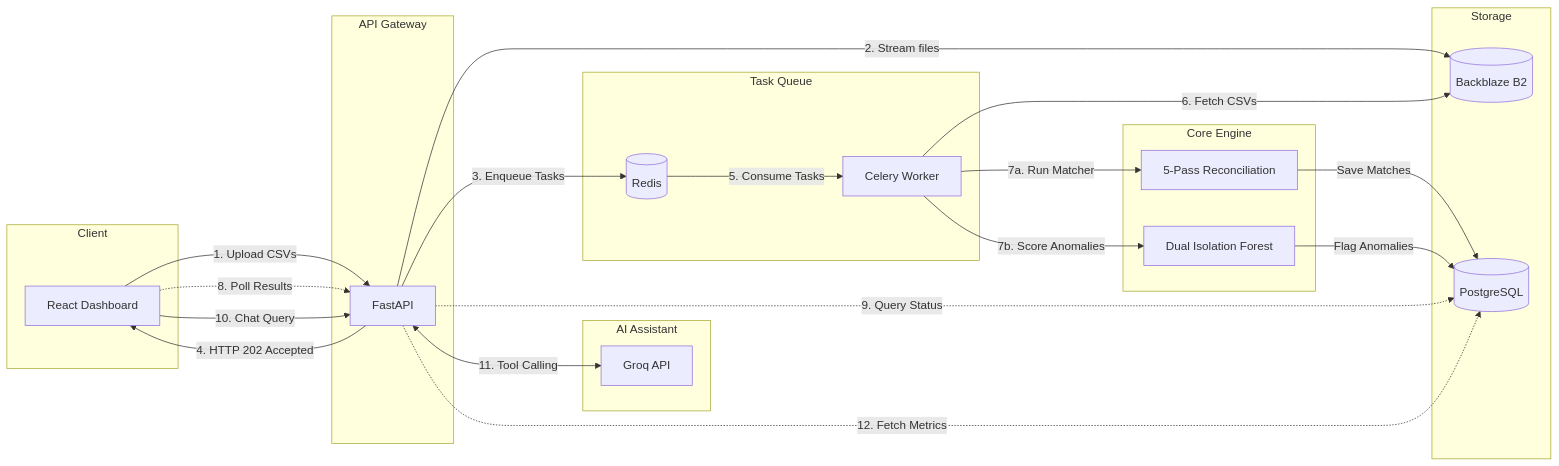
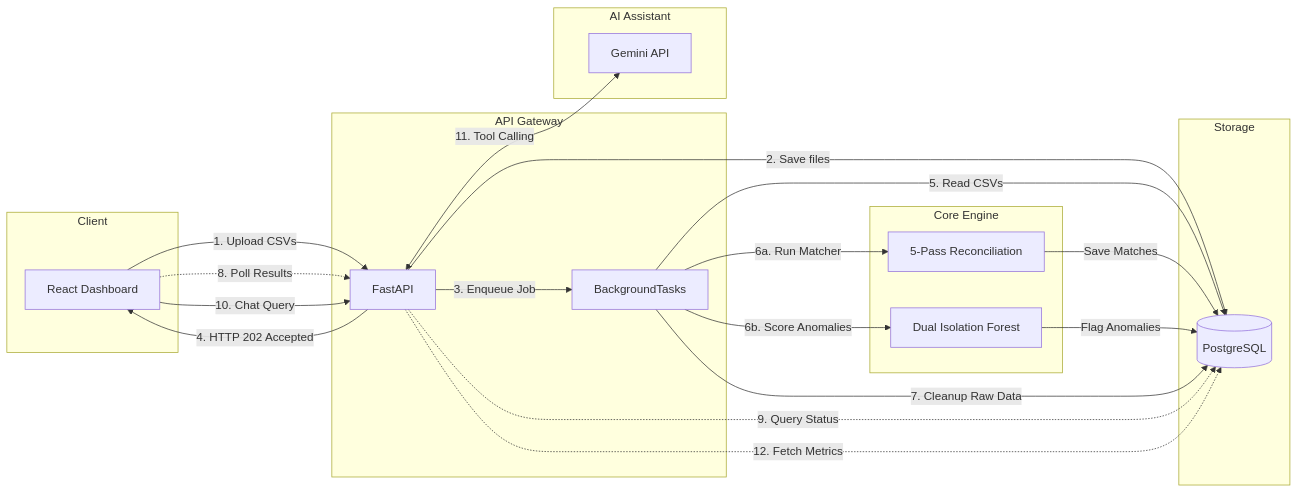
One commit to HarjapBhatia/Recalce changed the diagram in README.md. Above: the diagram before and after it, drawn with Mermaid. The commit also changed other lines of this file and 34 other files, not shown here.

Commit message:
chore: cleanup file structure, update README for Gemini and BackgroundTasks

````diff
--- a/README.md
+++ b/README.md
@@ -45,50 +45,44 @@
 ```mermaid
 graph LR
     subgraph Client
         UI[React Dashboard]
     end
 
     subgraph API Gateway
         API[FastAPI]
-    end
-
-    subgraph Task Queue
-        Broker[(Redis)]
-        Worker[Celery Worker]
+        BackgroundTasks[BackgroundTasks]
     end
 
     subgraph Storage
         DB[(PostgreSQL)]
-        B2[(Backblaze B2)]
     end
 
     subgraph Core Engine
         Recon[5-Pass Reconciliation]
         ML[Dual Isolation Forest]
     end
 
     subgraph AI Assistant
-        LLM[Groq API]
+        LLM[Gemini API]
     end
 
     UI -->|1. Upload CSVs| API
-    API -->|2. Stream files| B2
-    API -->|3. Enqueue Tasks| Broker
+    API -->|2. Save files| DB
+    API -->|3. Enqueue Job| BackgroundTasks
     API -->|4. HTTP 202 Accepted| UI
     
-    Broker -->|5. Consume Tasks| Worker
-    Worker -->|6. Fetch CSVs| B2
-    
-    Worker -->|7a. Run Matcher| Recon
-    Worker -->|7b. Score Anomalies| ML
+    BackgroundTasks -->|5. Read CSVs| DB
+    BackgroundTasks -->|6a. Run Matcher| Recon
+    BackgroundTasks -->|6b. Score Anomalies| ML
     
     Recon -->|Save Matches| DB
     ML -->|Flag Anomalies| DB
+    BackgroundTasks -->|7. Cleanup Raw Data| DB
     
     UI -.->|8. Poll Results| API
     API -.->|9. Query Status| DB
 
     UI -->|10. Chat Query| API
     API <-->|11. Tool Calling| LLM
     API -.->|12. Fetch Metrics| DB
 ```
````
